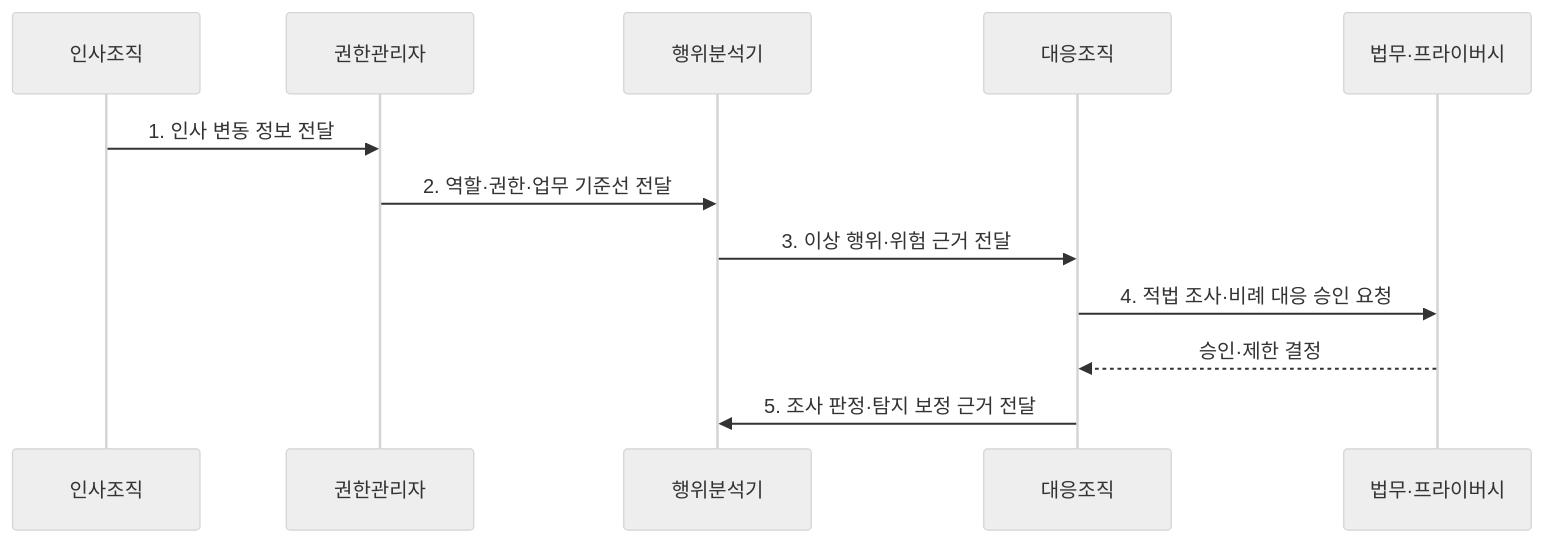
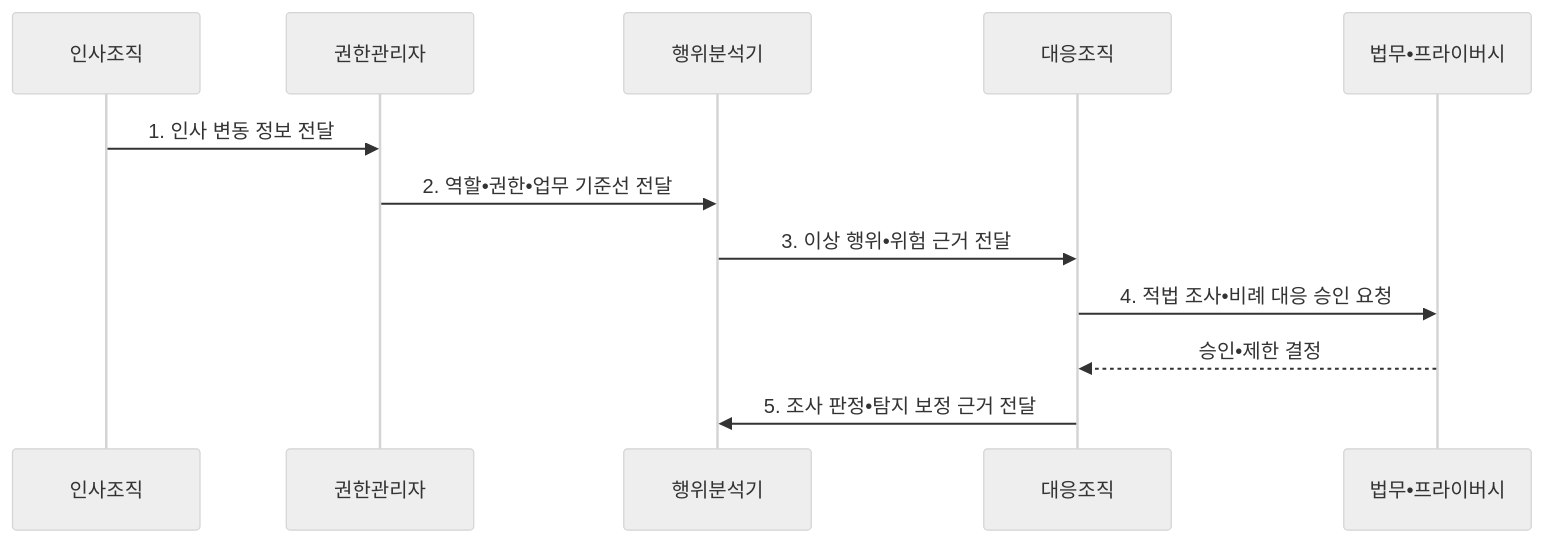
The second of 2 diagrams in src/content/docs/notes/05-security/113_insider_threat_management.md (agnusdei1207/knowledge-base), drawn with Mermaid (neutral theme) before and after one commit. The commit also changed other lines of this file and 953 other files, not shown here.

````diff
--- a/src/content/docs/notes/05-security/113_insider_threat_management.md
+++ b/src/content/docs/notes/05-security/113_insider_threat_management.md
@@ -101,14 +101,14 @@
 ```mermaid
 sequenceDiagram
   participant H as 인사조직
   participant I as 권한관리자
   participant A as 행위분석기
   participant R as 대응조직
-  participant L as 법무·프라이버시
+  participant L as 법무•프라이버시
   H->>I: 1. 인사 변동 정보 전달
-  I->>A: 2. 역할·권한·업무 기준선 전달
-  A->>R: 3. 이상 행위·위험 근거 전달
-  R->>L: 4. 적법 조사·비례 대응 승인 요청
-  L-->>R: 승인·제한 결정
-  R->>A: 5. 조사 판정·탐지 보정 근거 전달
+  I->>A: 2. 역할•권한•업무 기준선 전달
+  A->>R: 3. 이상 행위•위험 근거 전달
+  R->>L: 4. 적법 조사•비례 대응 승인 요청
+  L-->>R: 승인•제한 결정
+  R->>A: 5. 조사 판정•탐지 보정 근거 전달
 ```
````
